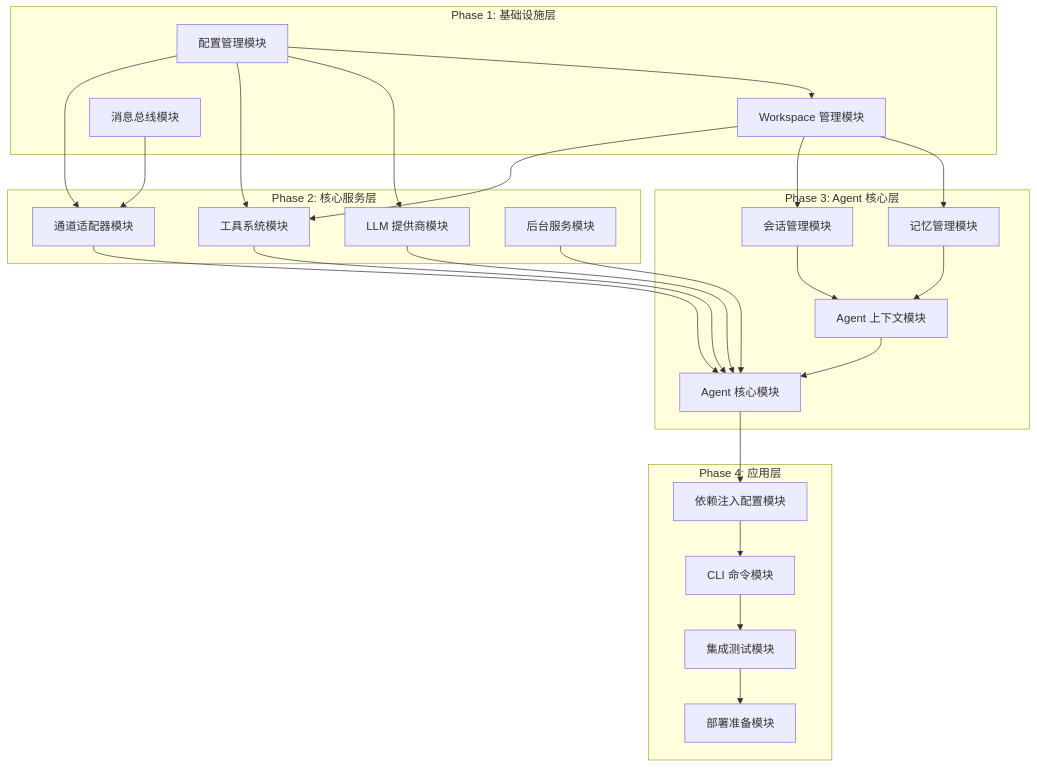
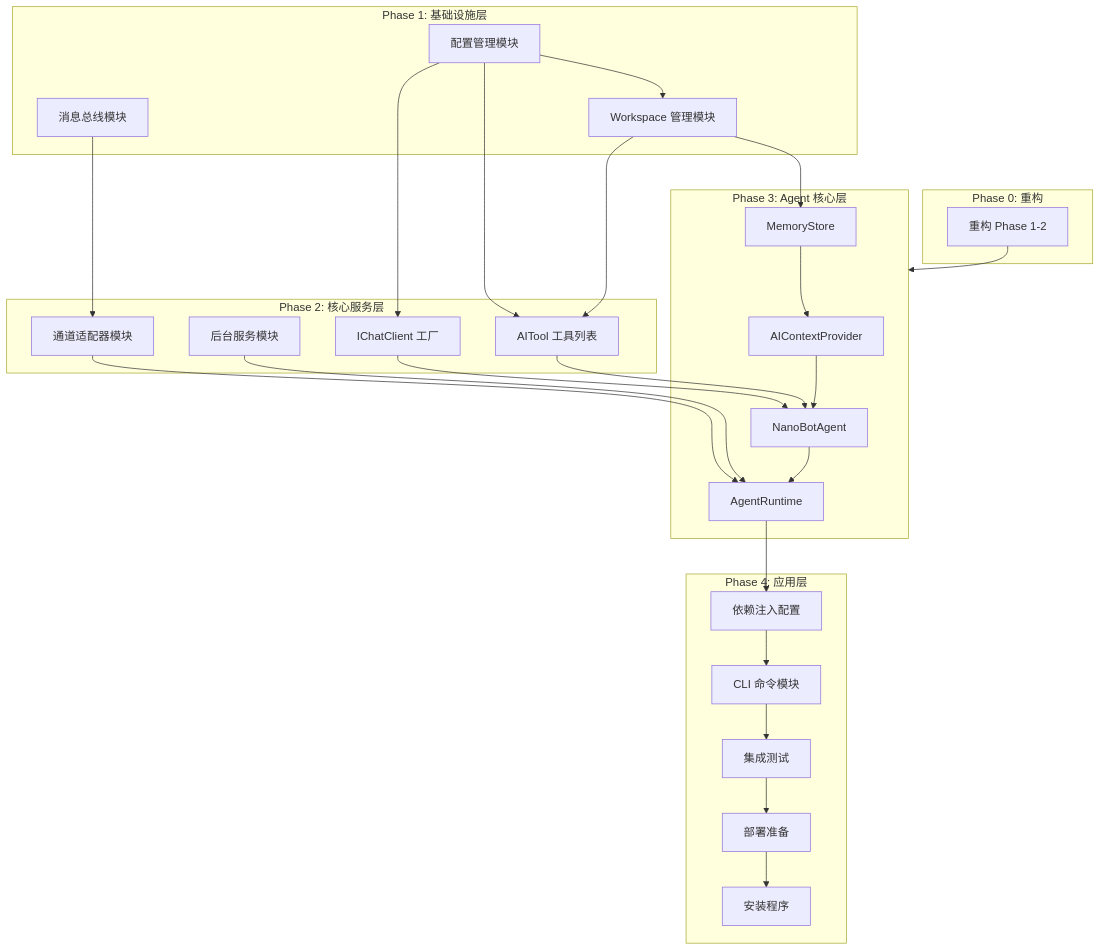
Before and after one commit to mbzcnet/NanoBot.Net: the second of 2 diagrams in doc.ai/plans/Index.md, drawn with Mermaid. The commit also changed other lines of this file and 84 other files, not shown here.

First line of the commit message:
feat(phase1-2): complete refactoring and core services implementation

````diff
--- a/doc.ai/plans/Index.md
+++ b/doc.ai/plans/Index.md
@@ -100,49 +140,54 @@
 ```mermaid
 graph TB
+    subgraph Phase0[Phase 0: 重构]
+        Refactor[重构 Phase 1-2]
+    end
+
     subgraph Phase1[Phase 1: 基础设施层]
         Config[配置管理模块]
         Workspace[Workspace 管理模块]
         Bus[消息总线模块]
     end
 
     subgraph Phase2[Phase 2: 核心服务层]
-        Providers[LLM 提供商模块]
-        Tools[工具系统模块]
+        ChatClient[IChatClient 工厂]
+        Tools[AITool 工具列表]
         Channels[通道适配器模块]
         Services[后台服务模块]
     end
 
     subgraph Phase3[Phase 3: Agent 核心层]
-        Memory[记忆管理模块]
-        Sessions[会话管理模块]
-        Context[Agent 上下文模块]
-        Agent[Agent 核心模块]
+        ContextProviders[AIContextProvider]
+        Memory[MemoryStore]
+        NanoBotAgent[NanoBotAgent]
+        Runtime[AgentRuntime]
     end
 
     subgraph Phase4[Phase 4: 应用层]
-        DI[依赖注入配置模块]
+        DI[依赖注入配置]
         CLI[CLI 命令模块]
-        Tests[集成测试模块]
-        Deploy[部署准备模块]
+        Tests[集成测试]
+        Deploy[部署准备]
+        Install[安装程序]
     end
 
+    Refactor --> Phase3
     Config --> Workspace
-    Config --> Providers
+    Config --> ChatClient
     Config --> Tools
-    Config --> Channels
     Workspace --> Memory
-    Workspace --> Sessions
     Workspace --> Tools
     Bus --> Channels
-    Providers --> Agent
-    Tools --> Agent
-    Channels --> Agent
-    Services --> Agent
-    Memory --> Context
-    Sessions --> Context
-    Context --> Agent
-    Agent --> DI
+    ChatClient --> NanoBotAgent
+    Tools --> NanoBotAgent
+    Channels --> Runtime
+    Services --> Runtime
+    ContextProviders --> NanoBotAgent
+    Memory --> ContextProviders
+    NanoBotAgent --> Runtime
+    Runtime --> DI
     DI --> CLI
     CLI --> Tests
     Tests --> Deploy
+    Deploy --> Install
 ```
````
